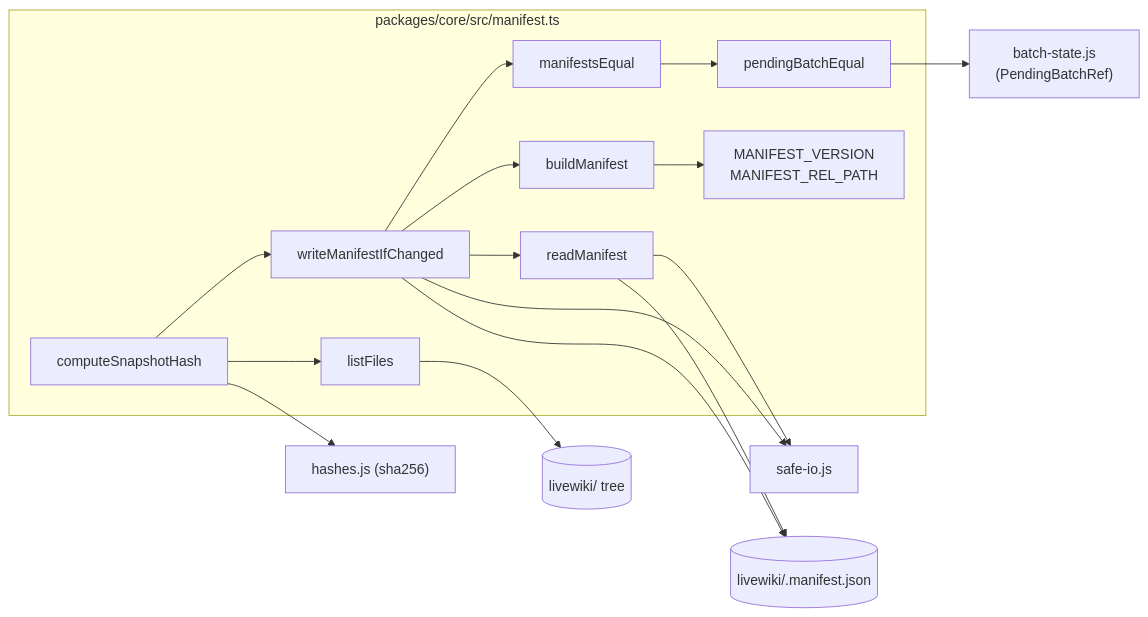
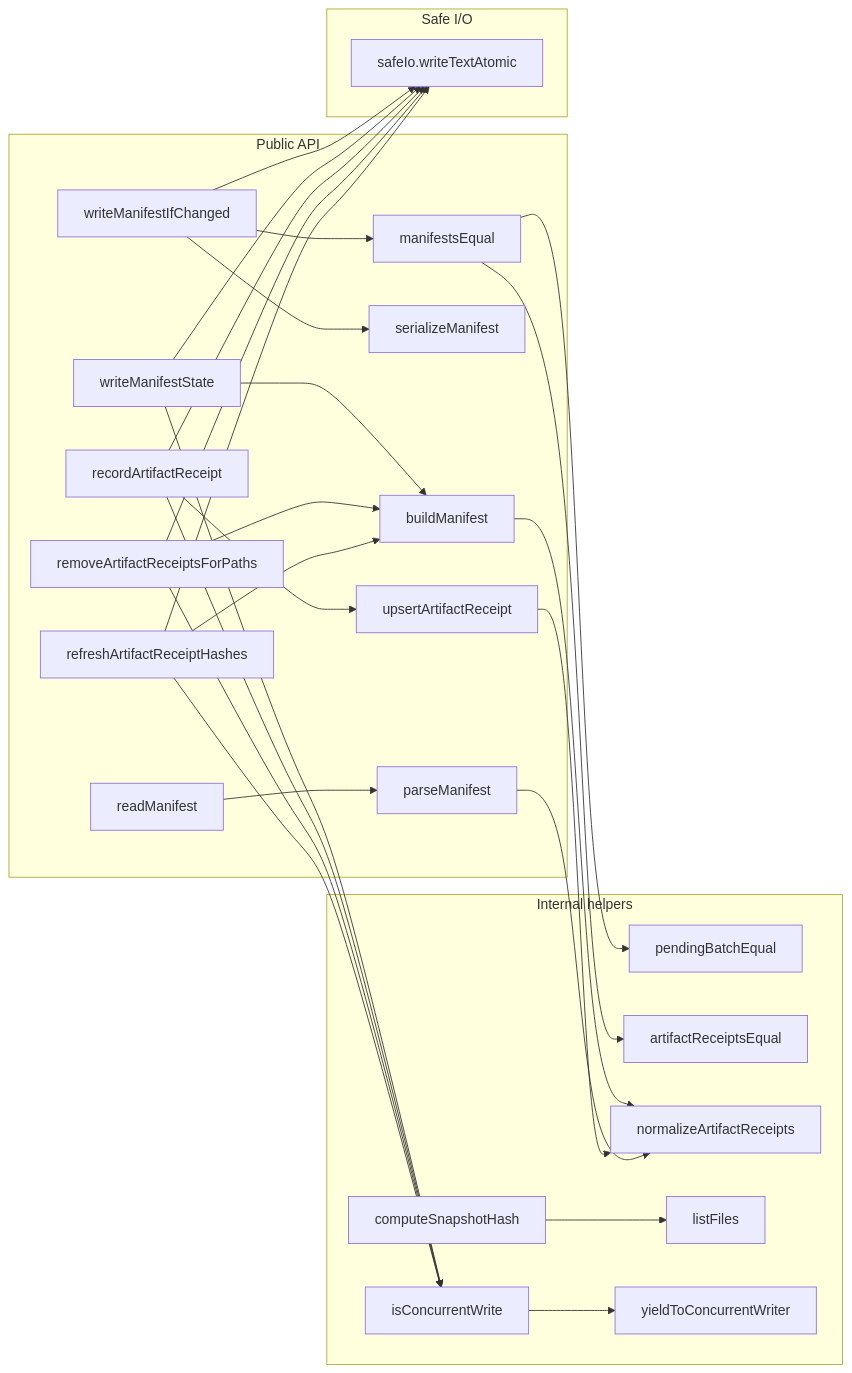
The diagram in livewiki/diagrams/core-src-manifest.mmd (eduardoabreu81/livewiki), drawn with Mermaid before and after one commit. The commit also changed 79 other files, not shown here.

Commit message:
docs(wiki): refresh transactional write documentation

```diff
--- a/livewiki/diagrams/core-src-manifest.mmd
+++ b/livewiki/diagrams/core-src-manifest.mmd
@@ -1,31 +1,30 @@
 flowchart LR
-  subgraph manifest_ts[packages/core/src/manifest.ts]
-    BUILD["buildManifest"]
-    HASH["computeSnapshotHash"]
-    LIST["listFiles"]
-    READ["readManifest"]
-    WRITE["writeManifestIfChanged"]
-    EQ["manifestsEqual"]
-    PEQ["pendingBatchEqual"]
-    CONST["MANIFEST_VERSION<br/>MANIFEST_REL_PATH"]
-  end
-  safeIo["safe-io.js"]
-  hashes["hashes.js (sha256)"]
-  batch["batch-state.js<br/>(PendingBatchRef)"]
-  disk[("livewiki/.manifest.json")]
-  livewikiDir[("livewiki/ tree")]
-
-  WRITE --> READ
-  WRITE --> EQ
-  EQ --> PEQ
-  READ --> safeIo
-  WRITE --> safeIo
-  READ --> disk
-  WRITE --> disk
-  HASH --> LIST
-  HASH --> hashes
-  LIST --> livewikiDir
-  BUILD --> CONST
-  WRITE --> BUILD
-  HASH --> WRITE
-  PEQ --> batch
+    subgraph PublicAPI["Public API"]
+        readManifest --> parseManifest
+        writeManifestIfChanged --> serializeManifest
+        writeManifestIfChanged --> manifestsEqual
+        writeManifestState --> buildManifest
+        recordArtifactReceipt --> upsertArtifactReceipt
+        removeArtifactReceiptsForPaths --> buildManifest
+        refreshArtifactReceiptHashes --> buildManifest
+    end
+    subgraph Internals["Internal helpers"]
+        manifestsEqual --> pendingBatchEqual
+        manifestsEqual --> artifactReceiptsEqual
+        buildManifest --> normalizeArtifactReceipts
+        upsertArtifactReceipt --> normalizeArtifactReceipts
+        parseManifest --> normalizeArtifactReceipts
+        computeSnapshotHash --> listFiles
+        writeManifestState --> isConcurrentWrite
+        recordArtifactReceipt --> isConcurrentWrite
+        removeArtifactReceiptsForPaths --> isConcurrentWrite
+        refreshArtifactReceiptHashes --> isConcurrentWrite
+        isConcurrentWrite --> yieldToConcurrentWriter
+    end
+    subgraph Storage["Safe I/O"]
+        writeManifestIfChanged --> safeIoWrite["safeIo.writeTextAtomic"]
+        writeManifestState --> safeIoWrite
+        recordArtifactReceipt --> safeIoWrite
+        removeArtifactReceiptsForPaths --> safeIoWrite
+        refreshArtifactReceiptHashes --> safeIoWrite
+    end
```
